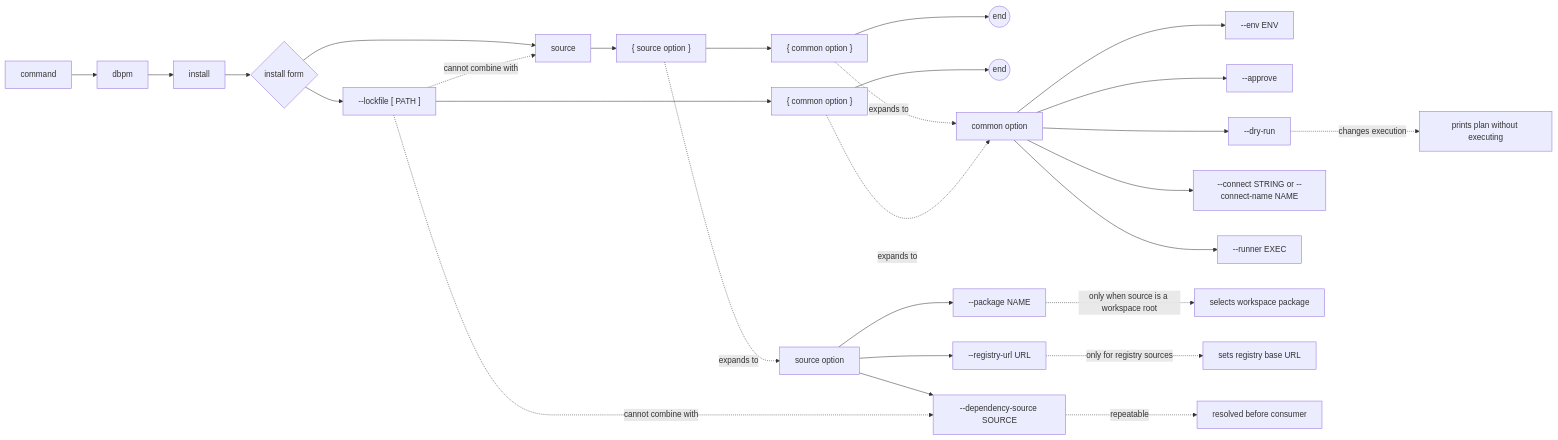
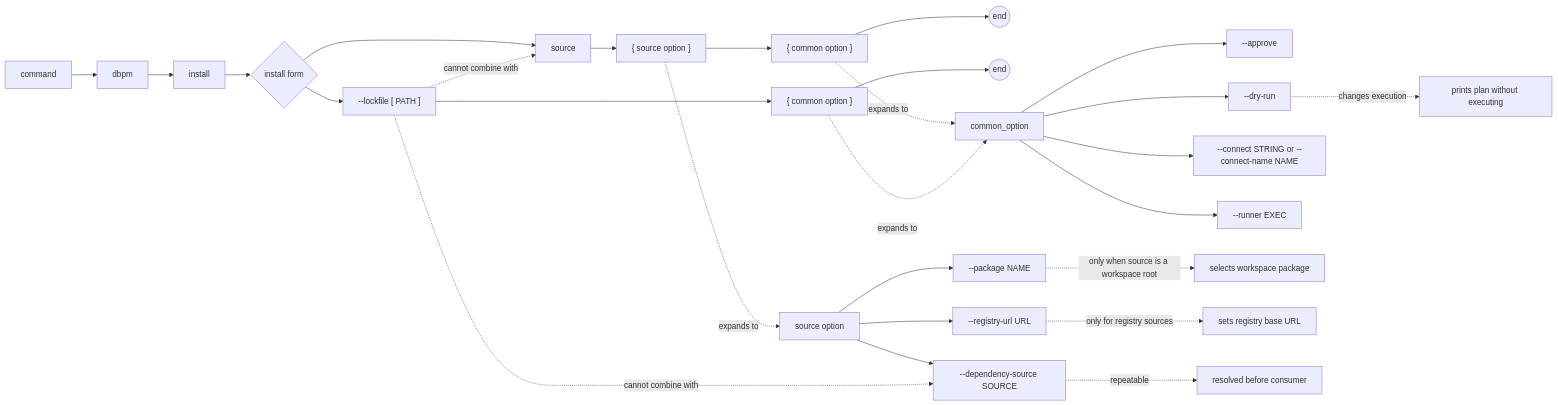
Before and after one commit to 512itconsulting/dbpm: the diagram in docs/commands/install.md, drawn with Mermaid. The commit also changed other lines of this file and 35 other files, not shown here.

````diff
--- a/docs/commands/install.md
+++ b/docs/commands/install.md
@@ -20,35 +20,34 @@
 ```mermaid
 flowchart LR
     command["command"] --> dbpm["dbpm"]
     dbpm --> install["install"]
     install --> form{"install form"}
 
     form --> source_form["source"]
     source_form --> source_common["{ source option }"]
     source_common --> common_options["{ common option }"]
     common_options --> end_source(("end"))
 
     form --> lockfile_form["--lockfile [ PATH ]"]
     lockfile_form --> common_options_lock["{ common option }"]
     common_options_lock --> end_lock(("end"))
 
     source_option["source option"] --> package["--package NAME"]
     source_option --> dependency_source["--dependency-source SOURCE"]
     source_option --> registry_url["--registry-url URL"]
     source_common -. expands to .-> source_option
 
-    common_option["common option"] --> env["--env ENV"]
     common_option --> approve["--approve"]
     common_option --> dry_run["--dry-run"]
     common_option --> connect["--connect STRING or --connect-name NAME"]
     common_option --> runner["--runner EXEC"]
     common_options -. expands to .-> common_option
     common_options_lock -. expands to .-> common_option
 
     lockfile_form -. cannot combine with .-> source_form
     lockfile_form -. cannot combine with .-> dependency_source
     package -. only when source is a workspace root .-> package_note["selects workspace package"]
     registry_url -. only for registry sources .-> registry_note["sets registry base URL"]
     dependency_source -. repeatable .-> dep_note["resolved before consumer"]
     dry_run -. changes execution .-> dry_run_note["prints plan without executing"]
 ```
````
